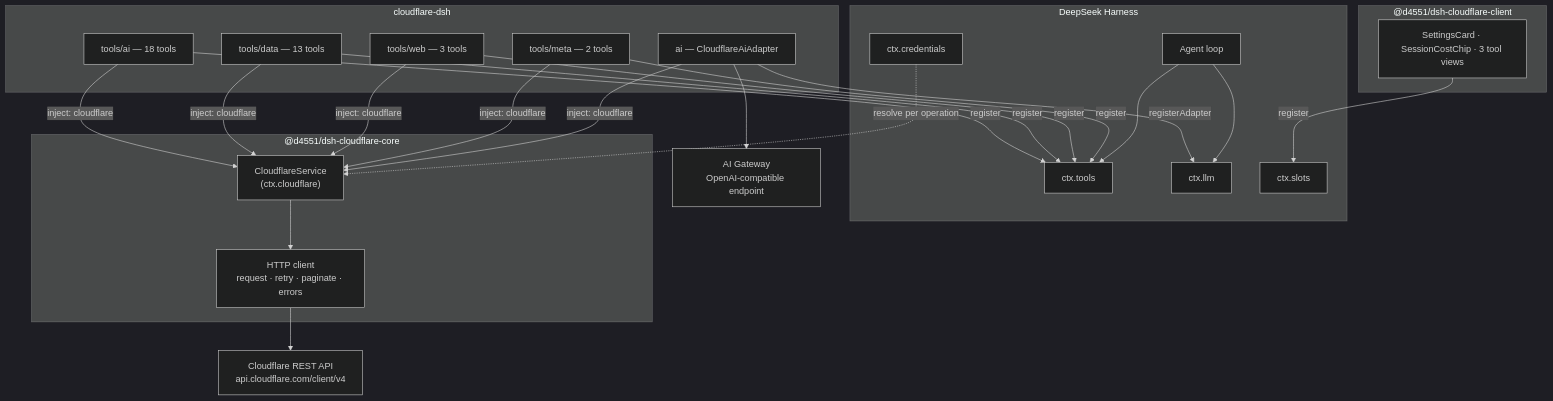
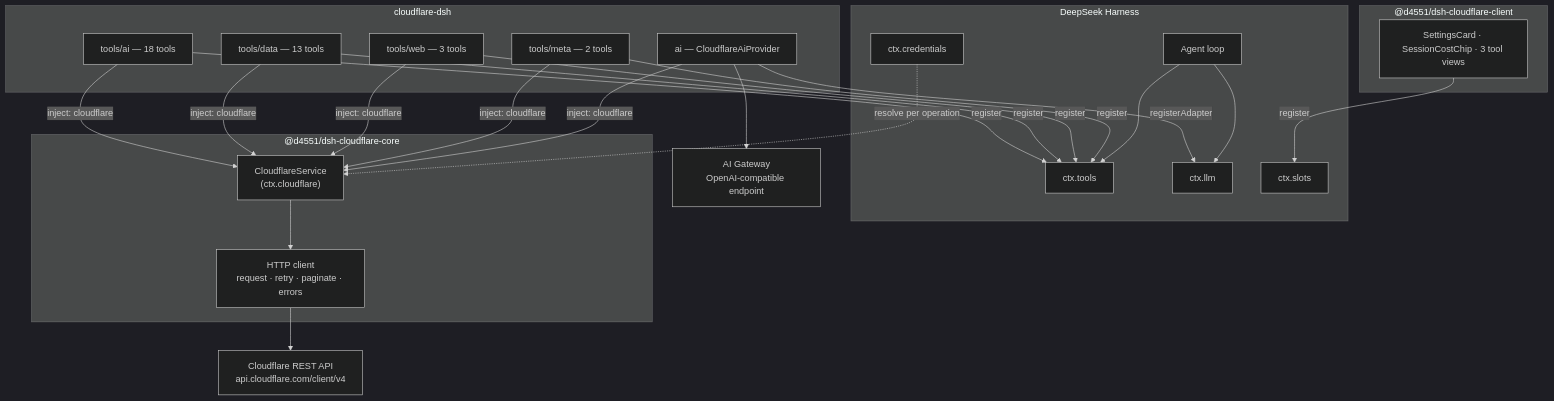
One commit to d4551/cloudflare-dsh changed the first of 7 diagrams in README.md. Above: the diagram before and after it, drawn with Mermaid (dark theme). The commit also changed other lines of this file and 42 other files, not shown here.

````diff
--- a/README.md
+++ b/README.md
@@ -157,42 +153,42 @@
 ```mermaid
 graph TD
     subgraph harness["DeepSeek Harness"]
         agent["Agent loop"]
         tools["ctx.tools"]
         llm["ctx.llm"]
         slots["ctx.slots"]
         creds["ctx.credentials"]
     end
 
     subgraph seam["@d4551/dsh-cloudflare-core"]
         service["CloudflareService<br/>(ctx.cloudflare)"]
         client["HTTP client<br/>request · retry · paginate · errors"]
         service --> client
     end
 
     subgraph bundle["cloudflare-dsh"]
         tai["tools/ai — 18 tools"]
         tdata["tools/data — 13 tools"]
         tweb["tools/web — 3 tools"]
         tmeta["tools/meta — 2 tools"]
-        adapter["ai — CloudflareAiAdapter"]
+        provider["ai — CloudflareAiProvider"]
     end
 
     subgraph clientpkg["@d4551/dsh-cloudflare-client"]
         ui["SettingsCard · SessionCostChip · 3 tool views"]
     end
 
     cf["Cloudflare REST API<br/>api.cloudflare.com/client/v4"]
     gw["AI Gateway<br/>OpenAI-compatible endpoint"]
 
     creds -.->|"resolve per operation"| service
     tai & tdata & tweb & tmeta -->|"inject: cloudflare"| service
     tai & tdata & tweb & tmeta -->|register| tools
-    adapter -->|"inject: cloudflare"| service
-    adapter -->|registerAdapter| llm
+    provider -->|"inject: cloudflare"| service
+    provider -->|registerAdapter| llm
     ui -->|register| slots
     agent --> tools
     agent --> llm
     client --> cf
-    adapter --> gw
+    provider --> gw
 ```
````
